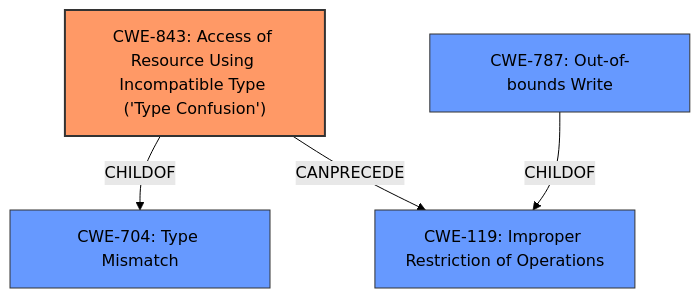
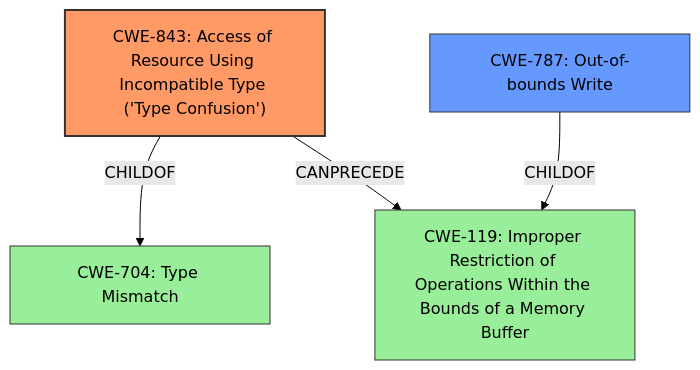
One commit to CyberSecAI/cwe_agent_assign_reports_2023 changed the diagram in CVE-2021-30563/CVE-2021-30563_analysis.md. Above: the diagram before and after it, drawn with Mermaid (forest theme). The commit also changed other lines of this file and 902 other files, not shown here.

````diff
--- a/CVE-2021-30563/CVE-2021-30563_analysis.md
+++ b/CVE-2021-30563/CVE-2021-30563_analysis.md
@@ -17,16 +17,20 @@
 ```mermaid
 graph TD
     cwe843["CWE-843: Access of Resource Using Incompatible Type ('Type Confusion')"]
     cwe787["CWE-787: Out-of-bounds Write"]
     cwe704["CWE-704: Type Mismatch"]
-    cwe119["CWE-119: Improper Restriction of Operations"]
-    
+    cwe119["CWE-119: Improper Restriction of Operations Within the Bounds of a Memory Buffer"]
+
     cwe843 -->|CHILDOF| cwe704
     cwe843 -->|CANPRECEDE| cwe119
     cwe787 -->|CHILDOF| cwe119
+    
 
     classDef primary fill:#f96,stroke:#333,stroke-width:2px
     classDef secondary fill:#69f,stroke:#333
+    classDef tertiary fill:#9e9,stroke:#333
+
     class cwe843 primary
-    class cwe787,cwe704,cwe119 secondary
+    class cwe787 secondary
+    class cwe704,cwe119 tertiary
 ```
````
